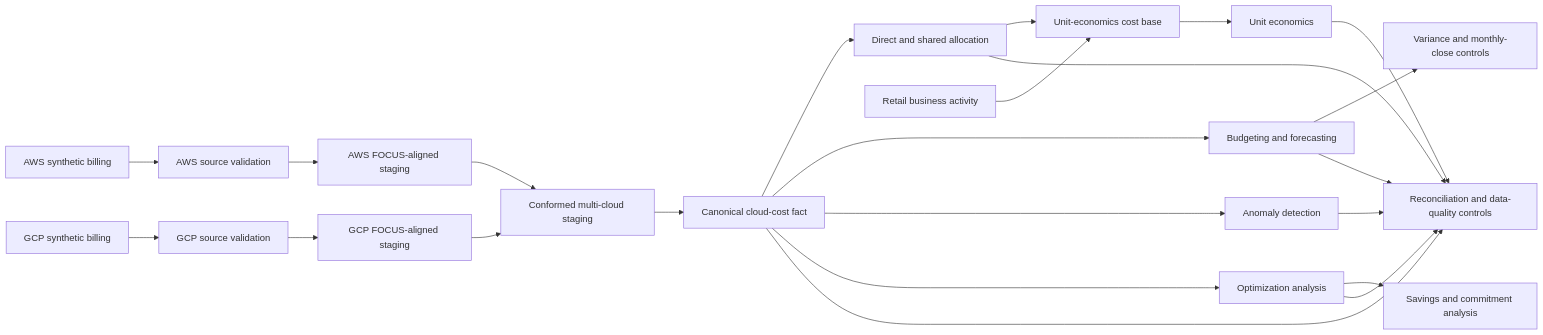
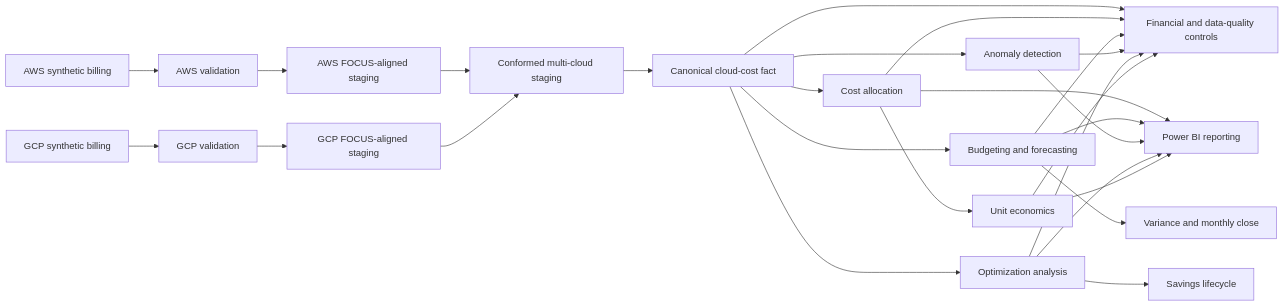
The diagram in README.md (Venkat-Poladi/retail-finops-platform), drawn with Mermaid before and after one commit. The commit also changed other lines of this file and 48 other files, not shown here.

````diff
--- a/README.md
+++ b/README.md
@@ -52,32 +27,35 @@
 ```mermaid
 flowchart LR
-    A[AWS synthetic billing] --> C[AWS source validation]
-    B[GCP synthetic billing] --> D[GCP source validation]
+    A[AWS synthetic billing] --> C[AWS validation]
+    B[GCP synthetic billing] --> D[GCP validation]
 
     C --> E[AWS FOCUS-aligned staging]
     D --> F[GCP FOCUS-aligned staging]
 
     E --> G[Conformed multi-cloud staging]
     F --> G
 
     G --> H[Canonical cloud-cost fact]
 
-    H --> I[Direct and shared allocation]
+    H --> I[Cost allocation]
     H --> J[Budgeting and forecasting]
     H --> K[Anomaly detection]
     H --> L[Optimization analysis]
 
-    I --> M[Unit-economics cost base]
-    N[Retail business activity] --> M
+    I --> M[Unit economics]
+    J --> N[Variance and monthly close]
+    L --> O[Savings lifecycle]
 
-    M --> O[Unit economics]
-    J --> P[Variance and monthly-close controls]
-    L --> Q[Savings and commitment analysis]
+    H --> P[Financial and data-quality controls]
+    I --> P
+    J --> P
+    K --> P
+    L --> P
+    M --> P
 
-    H --> R[Reconciliation and data-quality controls]
-    I --> R
-    J --> R
-    K --> R
-    L --> R
-    O --> R
+    I --> Q[Power BI reporting]
+    J --> Q
+    K --> Q
+    L --> Q
+    M --> Q
 ```
````
